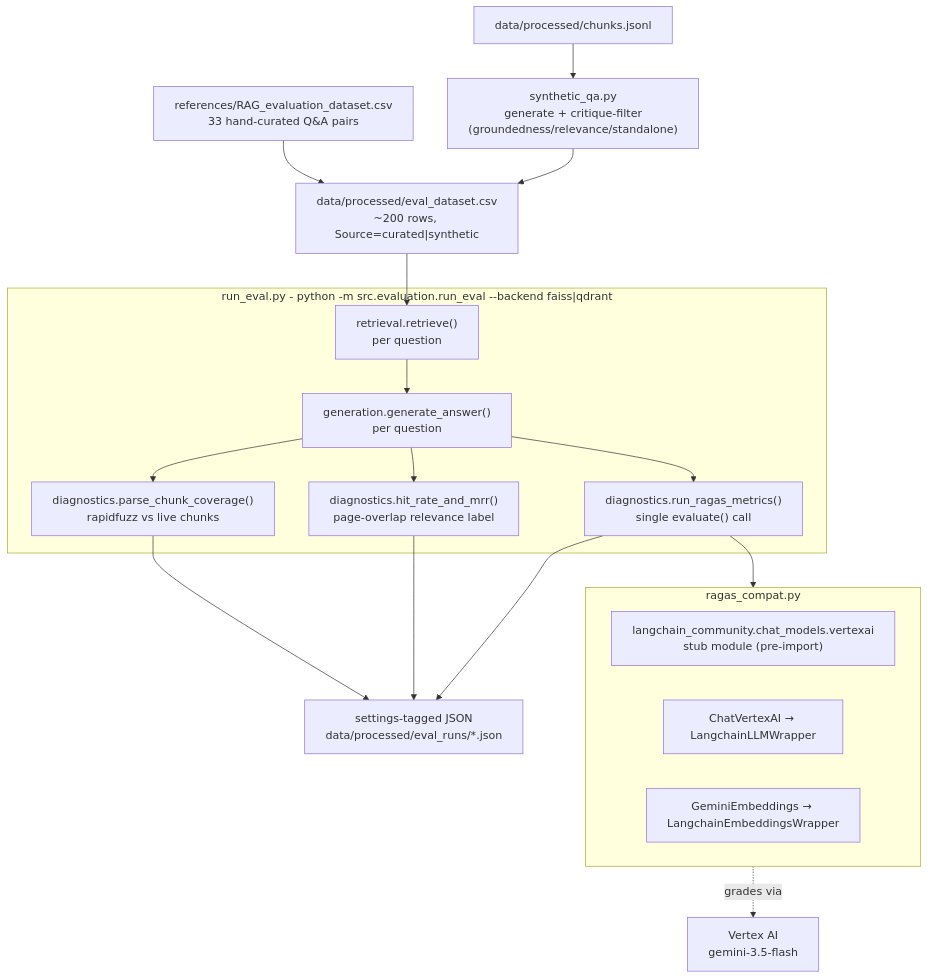
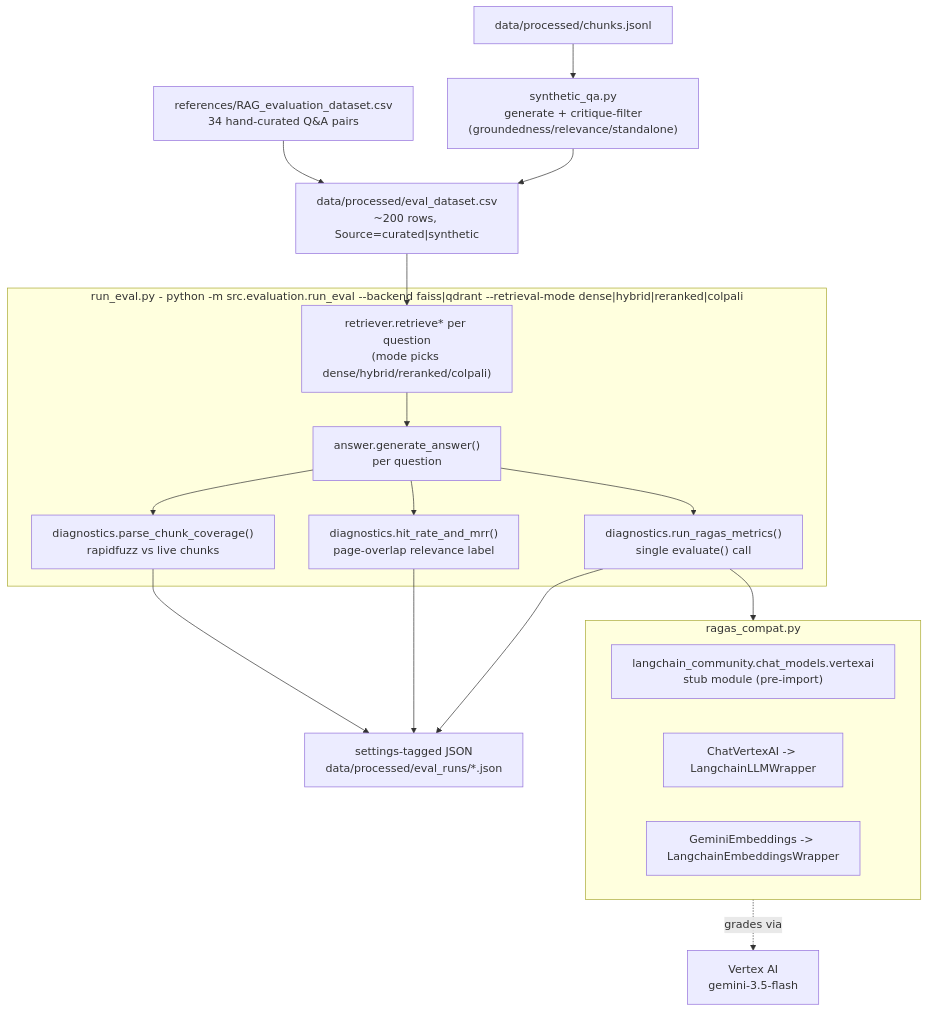
Before and after one commit to kcholyshere/Finrag: the seventh of 7 diagrams in ARCHITECTURE.md, drawn with Mermaid. The commit also changed other lines of this file and 2 other files, not shown here.

First line of the commit message:
Rewrite README and ARCHITECTURE for the current system

````diff
--- a/ARCHITECTURE.md
+++ b/ARCHITECTURE.md
@@ -216,34 +360,34 @@
 ```mermaid
 flowchart TB
-    Curated["references/RAG_evaluation_dataset.csv<br/>33 hand-curated Q&A pairs"]
+    Curated["references/RAG_evaluation_dataset.csv<br/>34 hand-curated Q&A pairs"]
     Synth["synthetic_qa.py<br/>generate + critique-filter<br/>(groundedness/relevance/standalone)"]
     EvalSet["data/processed/eval_dataset.csv<br/>~200 rows, Source=curated|synthetic"]
 
     Curated --> EvalSet
     Chunks2["data/processed/chunks.jsonl"] --> Synth --> EvalSet
 
-    subgraph RunEval["run_eval.py - python -m src.evaluation.run_eval --backend faiss|qdrant"]
-        Retrieve2["retrieval.retrieve()<br/>per question"]
-        Generate2["generation.generate_answer()<br/>per question"]
+    subgraph RunEval["run_eval.py - python -m src.evaluation.run_eval --backend faiss|qdrant --retrieval-mode dense|hybrid|reranked|colpali"]
+        Retrieve2["retriever.retrieve* per question<br/>(mode picks dense/hybrid/reranked/colpali)"]
+        Generate2["answer.generate_answer()<br/>per question"]
         Coverage["diagnostics.parse_chunk_coverage()<br/>rapidfuzz vs live chunks"]
         RankMetrics["diagnostics.hit_rate_and_mrr()<br/>page-overlap relevance label"]
         RagasMetrics["diagnostics.run_ragas_metrics()<br/>single evaluate() call"]
     end
 
     subgraph RagasCompat["ragas_compat.py"]
         Shim["langchain_community.chat_models.vertexai<br/>stub module (pre-import)"]
-        LLMWrap["ChatVertexAI → LangchainLLMWrapper"]
-        EmbedWrap["GeminiEmbeddings → LangchainEmbeddingsWrapper"]
+        LLMWrap["ChatVertexAI -> LangchainLLMWrapper"]
+        EmbedWrap["GeminiEmbeddings -> LangchainEmbeddingsWrapper"]
     end
 
     EvalSet --> Retrieve2 --> Generate2
     Generate2 --> Coverage
     Generate2 --> RankMetrics
     Generate2 --> RagasMetrics
     RagasMetrics --> RagasCompat
     RagasCompat -.->|"grades via"| Vertex2["Vertex AI<br/>gemini-3.5-flash"]
 
     Coverage --> Result["settings-tagged JSON<br/>data/processed/eval_runs/*.json"]
     RankMetrics --> Result
     RagasMetrics --> Result
 ```
````
